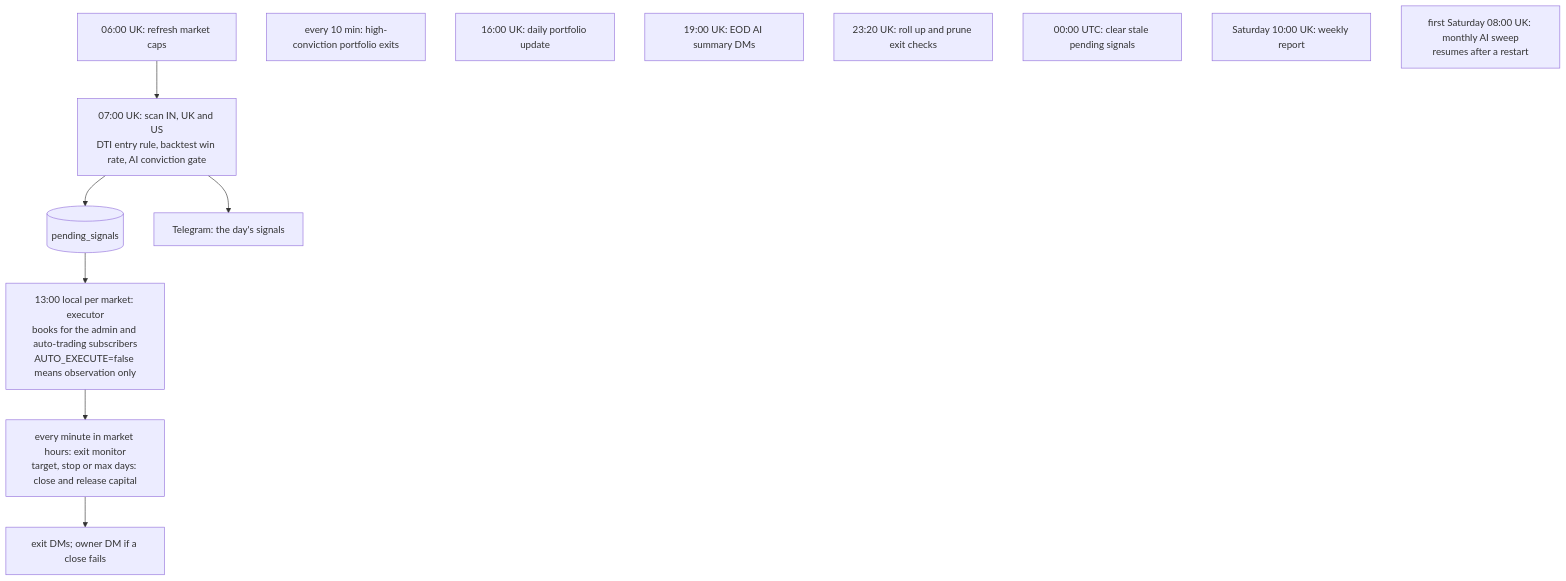
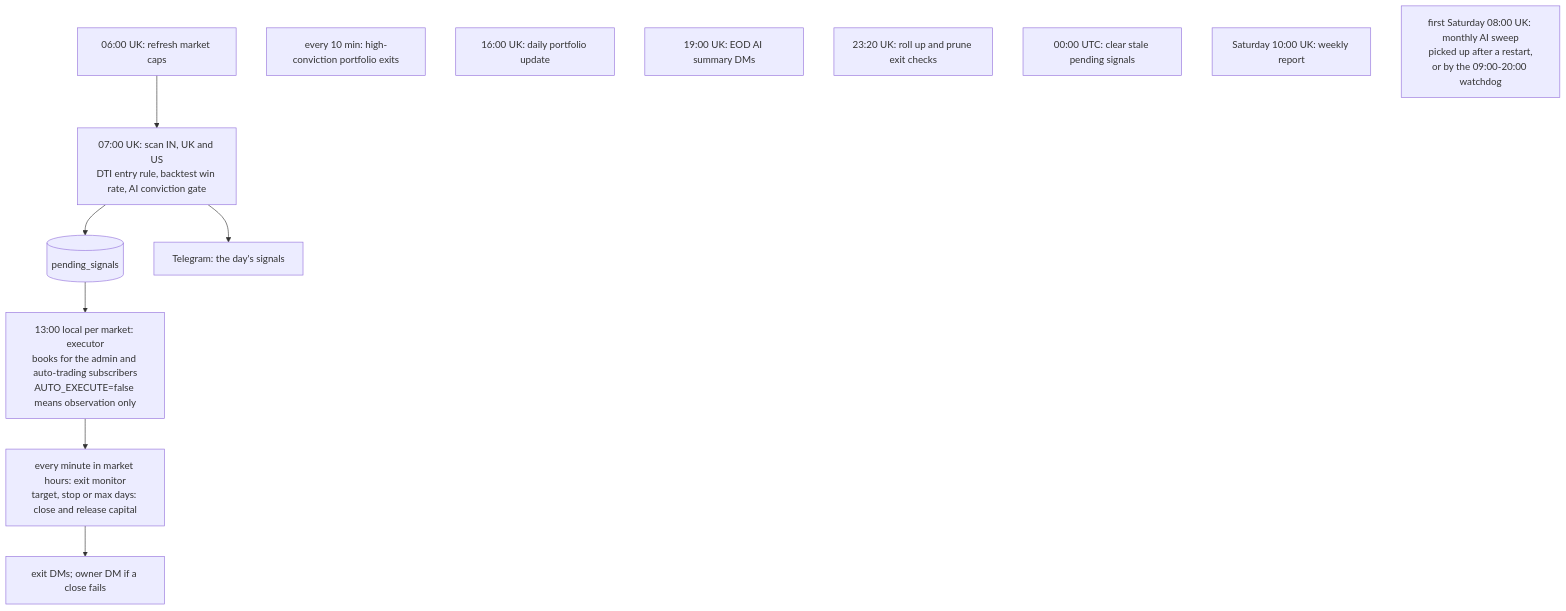
Before and after one commit to ketanswebsite/signalforge: the second of 2 diagrams in README.md, drawn with Mermaid. The commit also changed other lines of this file and 9 other files, not shown here.

First line of the commit message:
Sweep schedule for 2026-10-03: market caps stand aside, a watchdog, a pick-up floor

````diff
--- a/README.md
+++ b/README.md
@@ -261,16 +262,16 @@
 ```mermaid
 flowchart TB
   MC["06:00 UK: refresh market caps"] --> SC
   SC["07:00 UK: scan IN, UK and US<br/>DTI entry rule, backtest win rate, AI conviction gate"] --> PS[("pending_signals")]
   SC --> TB["Telegram: the day's signals"]
   PS --> EX["13:00 local per market: executor<br/>books for the admin and auto-trading subscribers<br/>AUTO_EXECUTE=false means observation only"]
   EX --> MON["every minute in market hours: exit monitor<br/>target, stop or max days: close and release capital"]
   MON --> DM["exit DMs; owner DM if a close fails"]
   HC["every 10 min: high-conviction portfolio exits"]
   UP["16:00 UK: daily portfolio update"]
   EOD["19:00 UK: EOD AI summary DMs"]
   RET["23:20 UK: roll up and prune exit checks"]
   CL["00:00 UTC: clear stale pending signals"]
   WK["Saturday 10:00 UK: weekly report"]
-  SW["first Saturday 08:00 UK: monthly AI sweep<br/>resumes after a restart"]
+  SW["first Saturday 08:00 UK: monthly AI sweep<br/>picked up after a restart,<br/>or by the 09:00-20:00 watchdog"]
 ```
````
